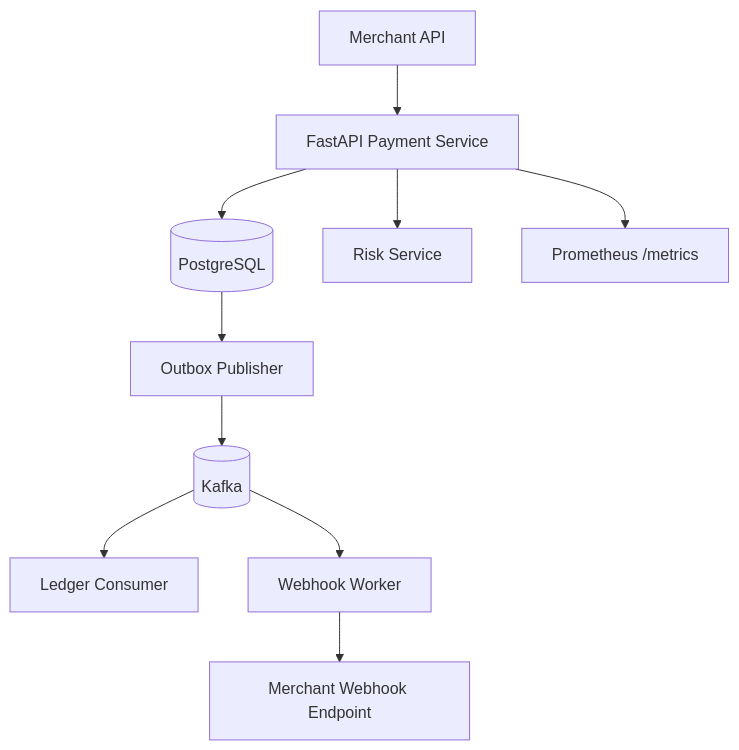
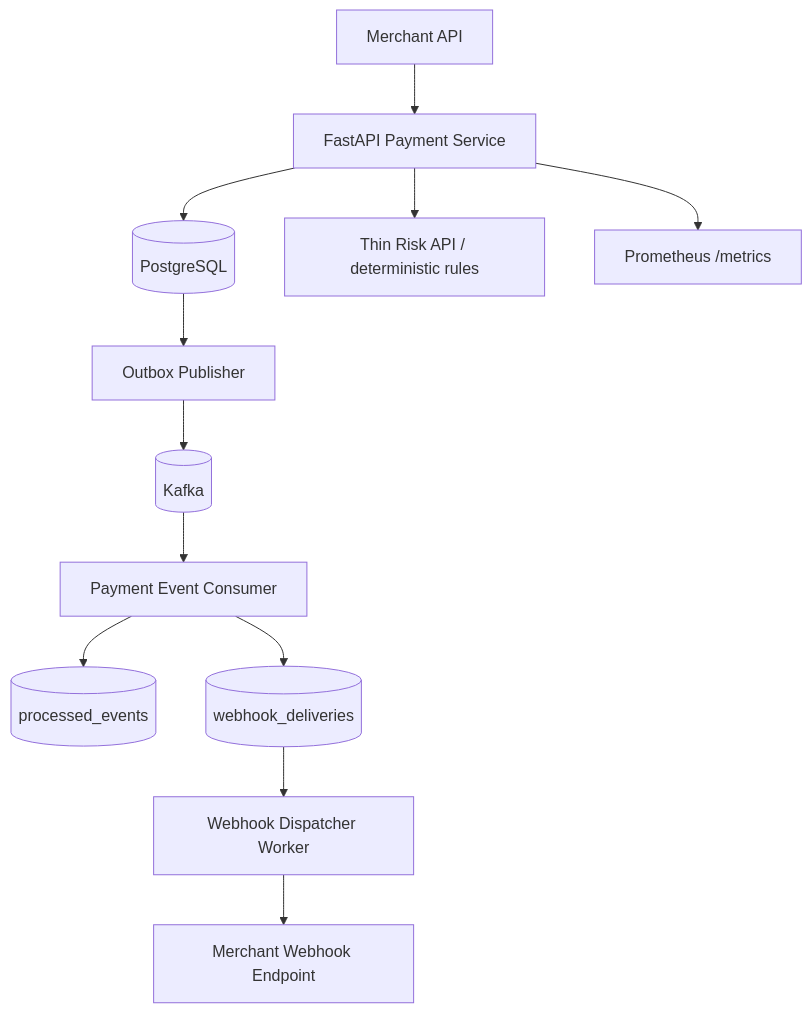
The diagram in docs/architecture/system-overview.md (wiktor-cl/forgepay), drawn with Mermaid before and after one commit. The commit also changed other lines of this file and 9 other files, not shown here.

````diff
--- a/docs/architecture/system-overview.md
+++ b/docs/architecture/system-overview.md
@@ -7,12 +7,14 @@
 ```mermaid
 flowchart TB
   Client[Merchant API] --> API[FastAPI Payment Service]
   API --> DB[(PostgreSQL)]
-  API --> Risk[Risk Service]
+  API --> Risk[Thin Risk API / deterministic rules]
   DB --> Outbox[Outbox Publisher]
   Outbox --> Kafka[(Kafka)]
-  Kafka --> Ledger[Ledger Consumer]
-  Kafka --> Webhook[Webhook Worker]
+  Kafka --> Consumer[Payment Event Consumer]
+  Consumer --> Inbox[(processed_events)]
+  Consumer --> DeliveryRows[(webhook_deliveries)]
+  DeliveryRows --> Webhook[Webhook Dispatcher Worker]
   Webhook --> MerchantWebhook[Merchant Webhook Endpoint]
   API --> Metrics[Prometheus /metrics]
 ```
````
